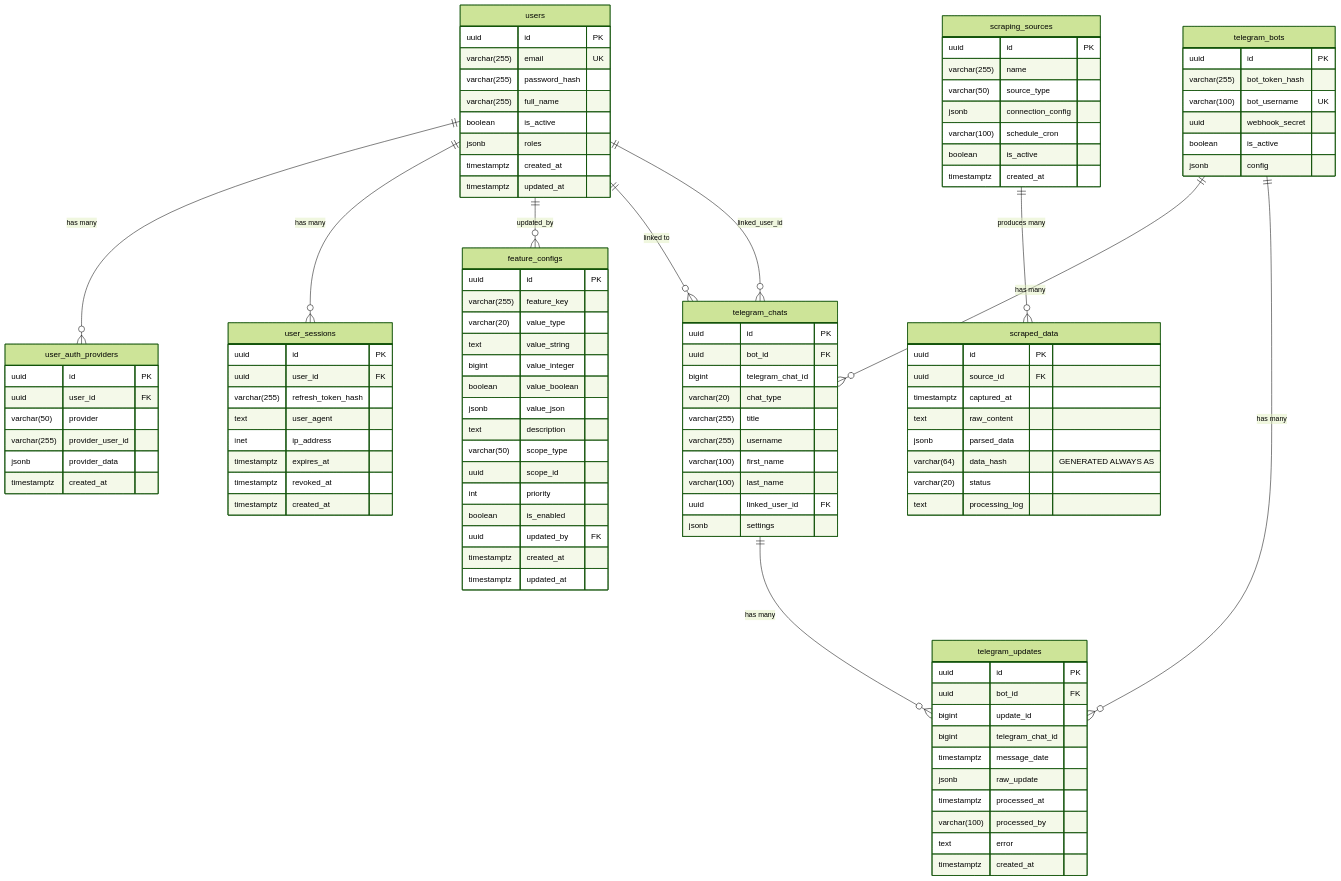
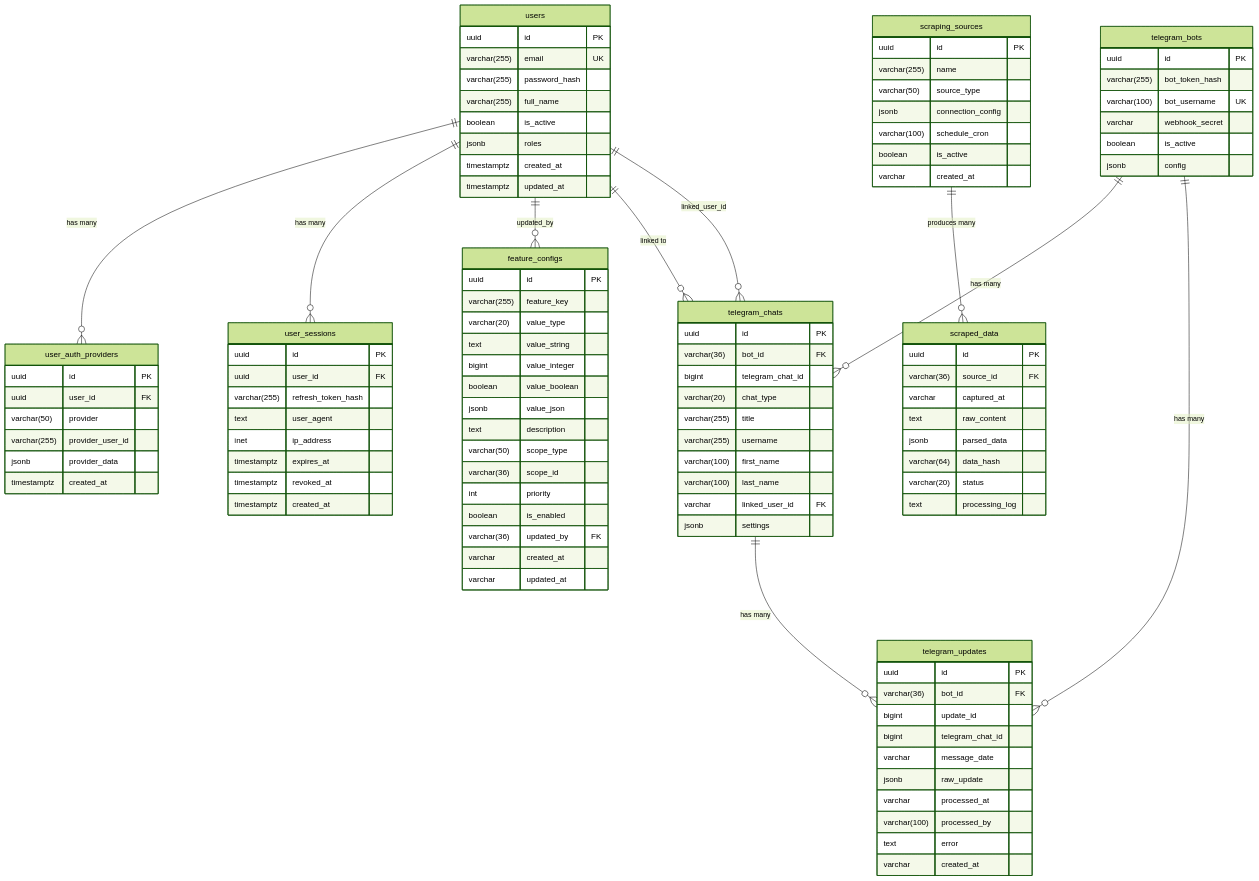
One commit to GabrielTenma/apollo-bun changed the first of 8 diagrams in DESIGN.md. Above: the diagram before and after it, drawn with Mermaid (forest theme). The commit also changed other lines of this file and 6 other files, not shown here.

````diff
--- a/DESIGN.md
+++ b/DESIGN.md
@@ -59,35 +59,35 @@
         uuid id PK
         varchar(255) bot_token_hash
         varchar(100) bot_username UK
-        uuid webhook_secret
+        varchar webhook_secret
         boolean is_active
         jsonb config
     }
 
     telegram_chats {
         uuid id PK
-        uuid bot_id FK
+        varchar(36) bot_id FK
         bigint telegram_chat_id
         varchar(20) chat_type
         varchar(255) title
         varchar(255) username
         varchar(100) first_name
         varchar(100) last_name
-        uuid linked_user_id FK
+        varchar linked_user_id FK
         jsonb settings
     }
 
     telegram_updates {
         uuid id PK
-        uuid bot_id FK
+        varchar(36) bot_id FK
         bigint update_id
         bigint telegram_chat_id
-        timestamptz message_date
+        varchar message_date
         jsonb raw_update
-        timestamptz processed_at
+        varchar processed_at
         varchar(100) processed_by
         text error
-        timestamptz created_at
+        varchar created_at
     }
 
     scraping_sources {
@@ -97,16 +97,16 @@
         jsonb connection_config
         varchar(100) schedule_cron
         boolean is_active
-        timestamptz created_at
+        varchar created_at
     }
 
     scraped_data {
         uuid id PK
-        uuid source_id FK
-        timestamptz captured_at
+        varchar(36) source_id FK
+        varchar captured_at
         text raw_content
         jsonb parsed_data
-        varchar(64) data_hash "GENERATED ALWAYS AS"
+        varchar(64) data_hash
         varchar(20) status
         text processing_log
     }
@@ -121,11 +121,11 @@
         jsonb value_json
         text description
         varchar(50) scope_type
-        uuid scope_id
+        varchar(36) scope_id
         int priority
         boolean is_enabled
-        uuid updated_by FK
-        timestamptz created_at
-        timestamptz updated_at
+        varchar(36) updated_by FK
+        varchar created_at
+        varchar updated_at
     }
 ```
````
